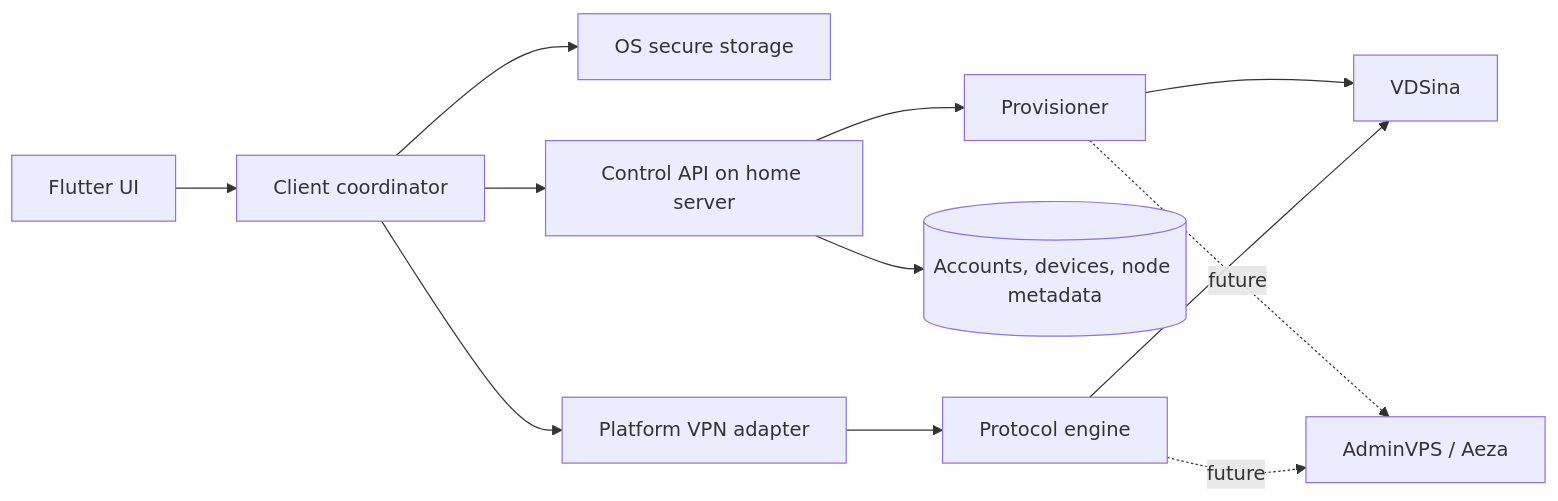
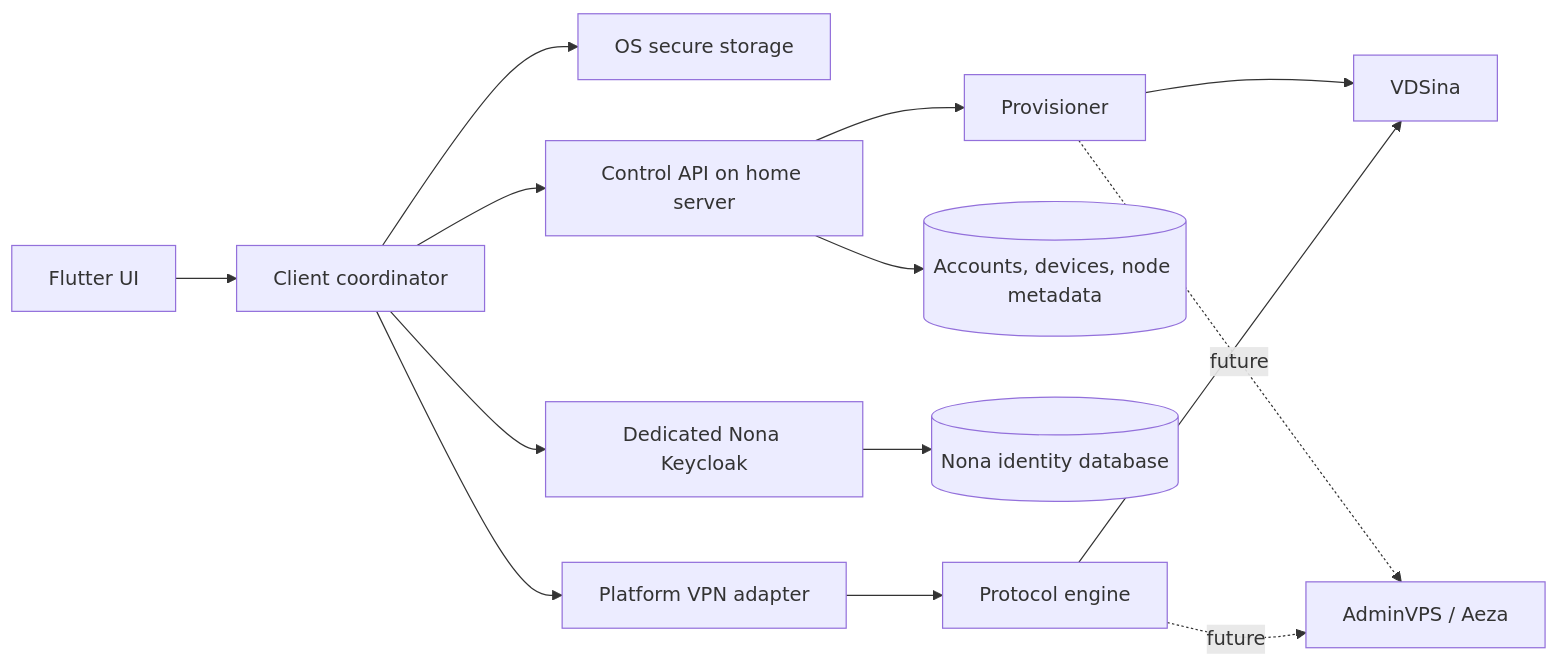
Before and after one commit to Rimon248/nona: the diagram in docs/architecture.md, drawn with Mermaid. The commit also changed other lines of this file and 35 other files, not shown here.

Commit message:
Run isolated Nona Keycloak and use OIDC in client and API

````diff
--- a/docs/architecture.md
+++ b/docs/architecture.md
@@ -7,14 +7,16 @@
 ```mermaid
 flowchart LR
   UI[Flutter UI] --> C[Client coordinator]
   C --> S[OS secure storage]
+  C --> K[Dedicated Nona Keycloak]
   C --> API[Control API on home server]
   C --> A[Platform VPN adapter]
   A --> E[Protocol engine]
   API --> DB[(Accounts, devices, node metadata)]
+  K --> IDB[(Nona identity database)]
   API --> P[Provisioner]
   P --> V[VDSina]
   P -. future .-> X[AdminVPS / Aeza]
   E --> V
   E -. future .-> X
 ```
````
